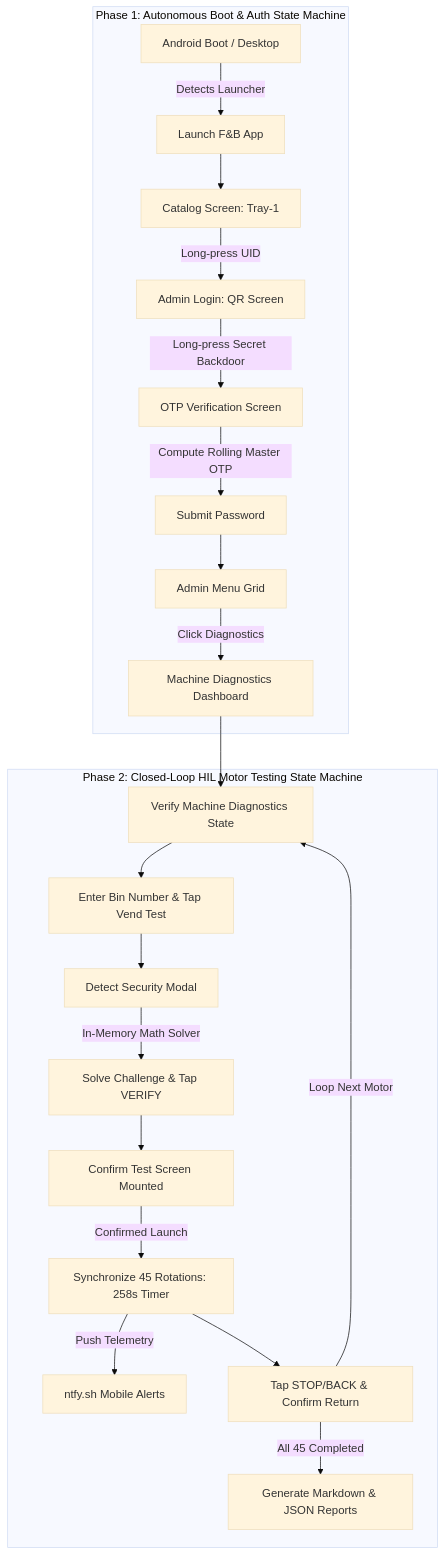
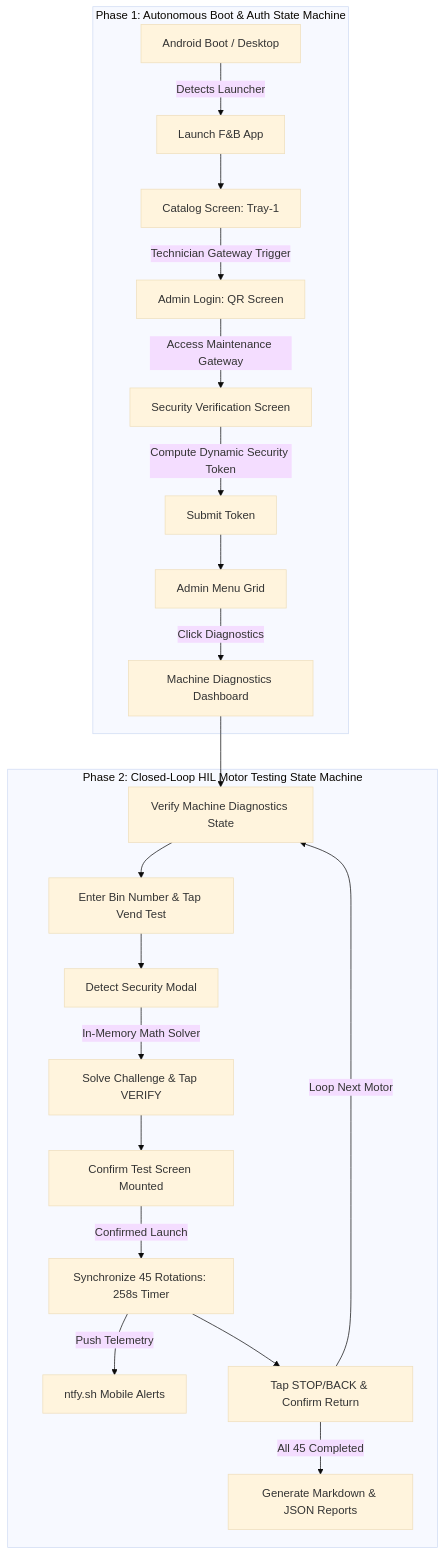
One commit to harshkalim07/vending-machine-motor-automation changed the diagram in README.md. Above: the diagram before and after it, drawn with Mermaid (base theme). The commit also changed other lines of this file and 3 other files, not shown here.

````diff
--- a/README.md
+++ b/README.md
@@ -75,25 +75,25 @@
 ```mermaid
 flowchart TD
     subgraph Phase1["Phase 1: Autonomous Boot & Auth State Machine"]
         B0["Android Boot / Desktop"] -->|Detects Launcher| B1["Launch F&B App"]
         B1 --> B2["Catalog Screen: Tray-1"]
-        B2 -->|Long-press UID| B3["Admin Login: QR Screen"]
-        B3 -->|Long-press Secret Backdoor| B4["OTP Verification Screen"]
-        B4 -->|Compute Rolling Master OTP| B5["Submit Password"]
+        B2 -->|Technician Gateway Trigger| B3["Admin Login: QR Screen"]
+        B3 -->|Access Maintenance Gateway| B4["Security Verification Screen"]
+        B4 -->|Compute Dynamic Security Token| B5["Submit Token"]
         B5 --> B6["Admin Menu Grid"]
         B6 -->|Click Diagnostics| B7["Machine Diagnostics Dashboard"]
     end
 
     subgraph Phase2["Phase 2: Closed-Loop HIL Motor Testing State Machine"]
         B7 --> M1["Verify Machine Diagnostics State"]
         M1 --> M2["Enter Bin Number & Tap Vend Test"]
         M2 --> M3["Detect Security Modal"]
         M3 -->|In-Memory Math Solver| M4["Solve Challenge & Tap VERIFY"]
         M4 --> M5["Confirm Test Screen Mounted"]
         M5 -->|Confirmed Launch| M6["Synchronize 45 Rotations: 258s Timer"]
         M6 -->|Push Telemetry| M7["ntfy.sh Mobile Alerts"]
         M6 --> M8["Tap STOP/BACK & Confirm Return"]
         M8 -->|Loop Next Motor| M1
         M8 -->|All 45 Completed| M9["Generate Markdown & JSON Reports"]
     end
 ```
````
